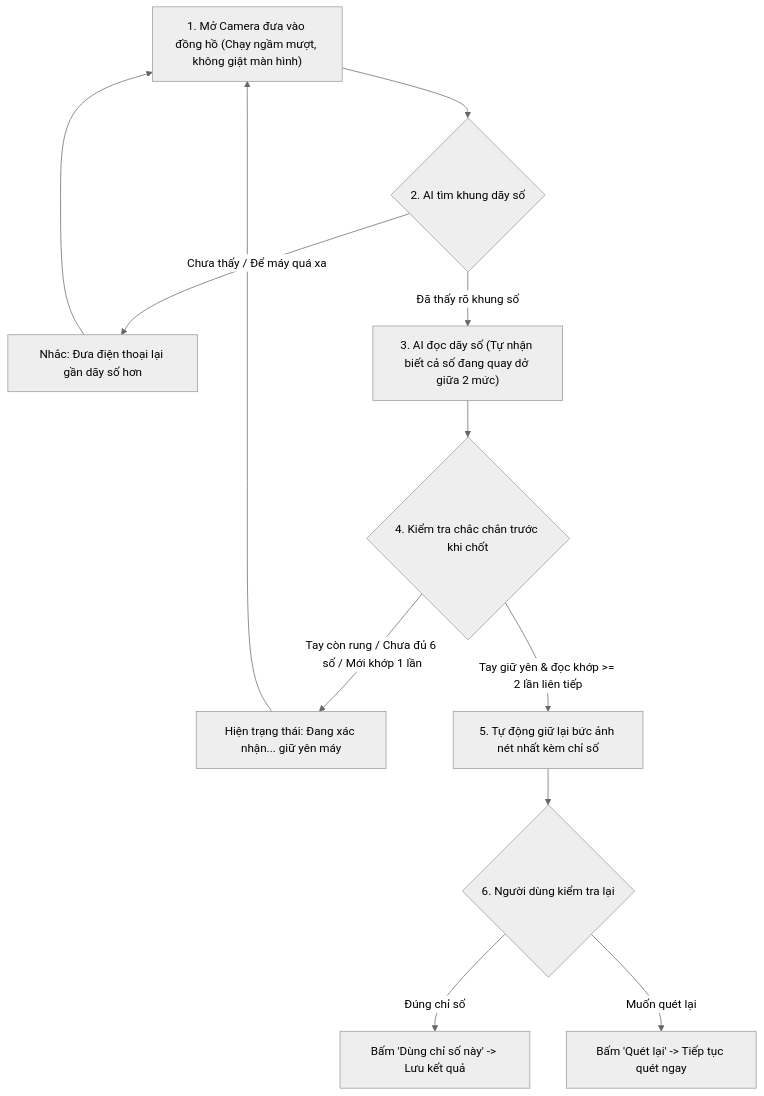
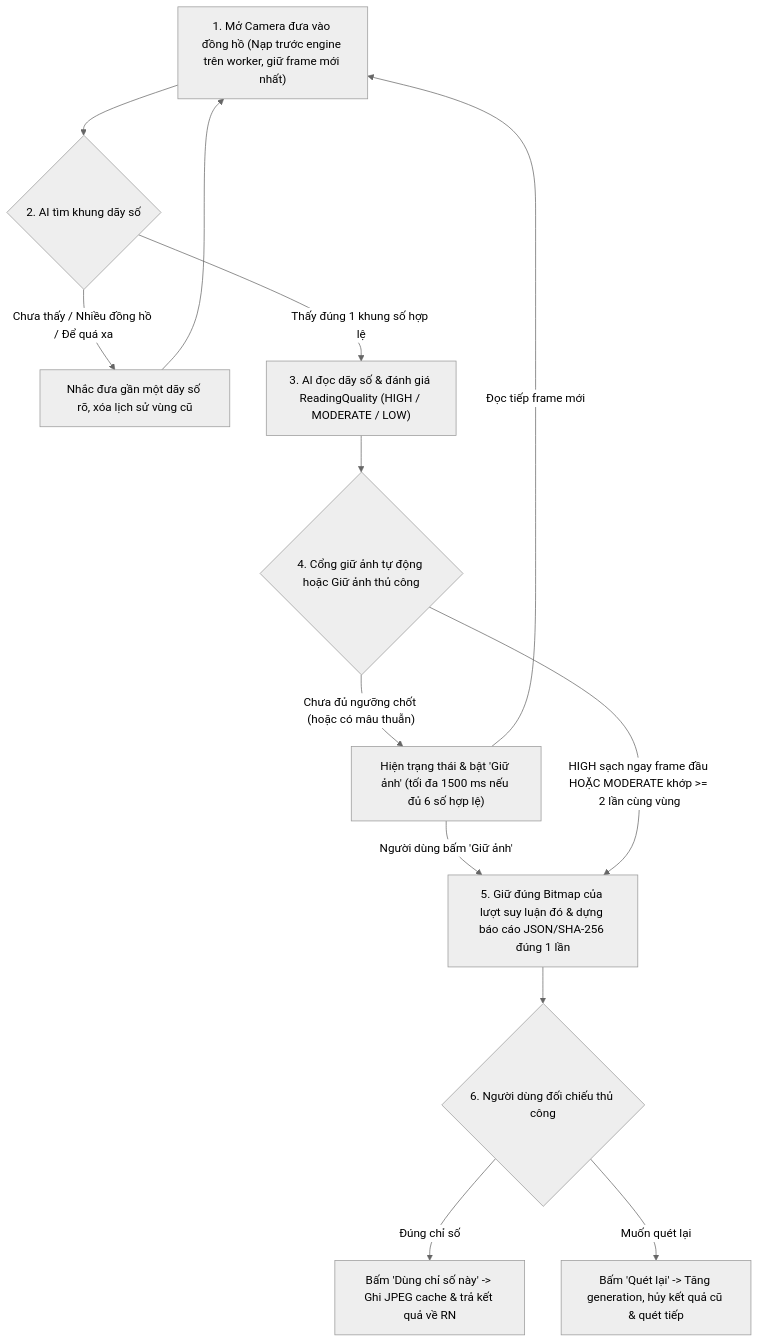
One commit to hoanganhnh/water-meter-ocr changed the second of 2 diagrams in docs/architecture.md. Above: the diagram before and after it, drawn with Mermaid (neutral theme). The commit also changed other lines of this file and 1 other file, not shown here.

Commit message:
docs(ocr): document realtime quality gates and manual hold flow

````diff
--- a/docs/architecture.md
+++ b/docs/architecture.md
@@ -27,16 +27,17 @@
 ```mermaid
 flowchart TD
-    A["1. Mở Camera đưa vào đồng hồ (Chạy ngầm mượt, không giật màn hình)"] --> B{"2. AI tìm khung dãy số"}
-    B -->|"Chưa thấy / Để máy quá xa"| GUIDE["Nhắc: Đưa điện thoại lại gần dãy số hơn"]
+    A["1. Mở Camera đưa vào đồng hồ (Nạp trước engine trên worker, giữ frame mới nhất)"] --> B{"2. AI tìm khung dãy số"}
+    B -->|"Chưa thấy / Nhiều đồng hồ / Để quá xa"| GUIDE["Nhắc đưa gần một dãy số rõ, xóa lịch sử vùng cũ"]
     GUIDE --> A
 
-    B -->|"Đã thấy rõ khung số"| C["3. AI đọc dãy số (Tự nhận biết cả số đang quay dở giữa 2 mức)"]
-    C --> D{"4. Kiểm tra chắc chắn trước khi chốt"}
-    D -->|"Tay còn rung / Chưa đủ 6 số / Mới khớp 1 lần"| WAIT["Hiện trạng thái: Đang xác nhận... giữ yên máy"]
-    WAIT --> A
+    B -->|"Thấy đúng 1 khung số hợp lệ"| C["3. AI đọc dãy số & đánh giá ReadingQuality (HIGH / MODERATE / LOW)"]
+    C --> D{"4. Cổng giữ ảnh tự động hoặc Giữ ảnh thủ công"}
+    D -->|"Chưa đủ ngưỡng chốt (hoặc có mâu thuẫn)"| WAIT["Hiện trạng thái & bật 'Giữ ảnh' (tối đa 1500 ms nếu đủ 6 số hợp lệ)"]
+    WAIT -->|"Đọc tiếp frame mới"| A
+    WAIT -->|"Người dùng bấm 'Giữ ảnh'"| E
 
-    D -->|"Tay giữ yên & đọc khớp >= 2 lần liên tiếp"| E["5. Tự động giữ lại bức ảnh nét nhất kèm chỉ số"]
-    E --> F{"6. Người dùng kiểm tra lại"}
-    F -->|"Đúng chỉ số"| OK["Bấm 'Dùng chỉ số này' -> Lưu kết quả"]
-    F -->|"Muốn quét lại"| RETRY["Bấm 'Quét lại' -> Tiếp tục quét ngay"]
+    D -->|"HIGH sạch ngay frame đầu HOẶC MODERATE khớp >= 2 lần cùng vùng"| E["5. Giữ đúng Bitmap của lượt suy luận đó & dựng báo cáo JSON/SHA-256 đúng 1 lần"]
+    E --> F{"6. Người dùng đối chiếu thủ công"}
+    F -->|"Đúng chỉ số"| OK["Bấm 'Dùng chỉ số này' -> Ghi JPEG cache & trả kết quả về RN"]
+    F -->|"Muốn quét lại"| RETRY["Bấm 'Quét lại' -> Tăng generation, hủy kết quả cũ & quét tiếp"]
 ```
````
